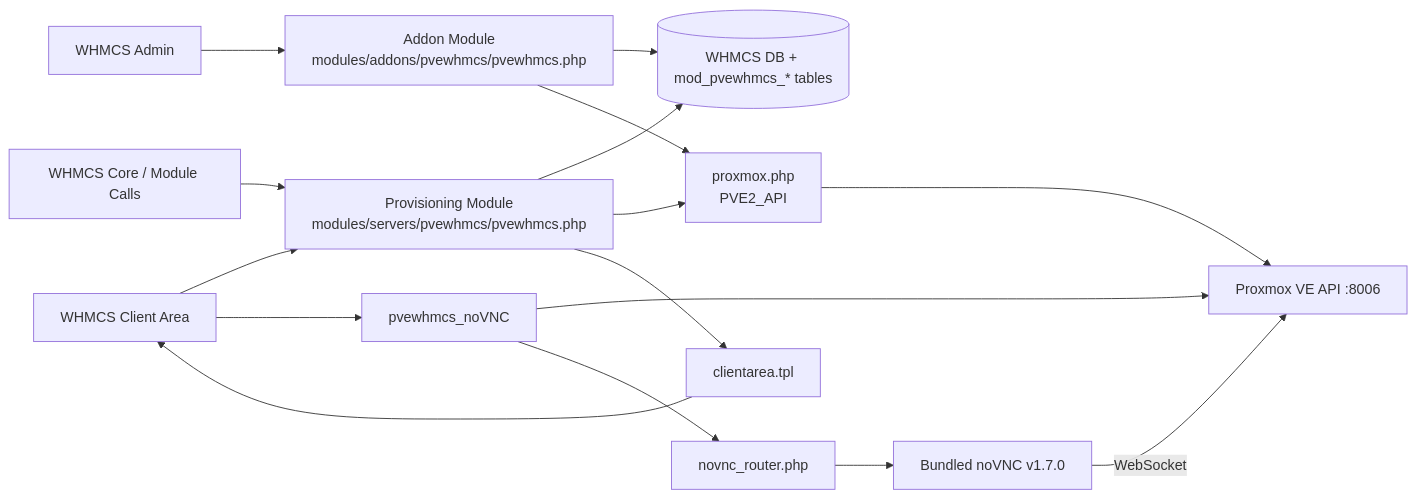
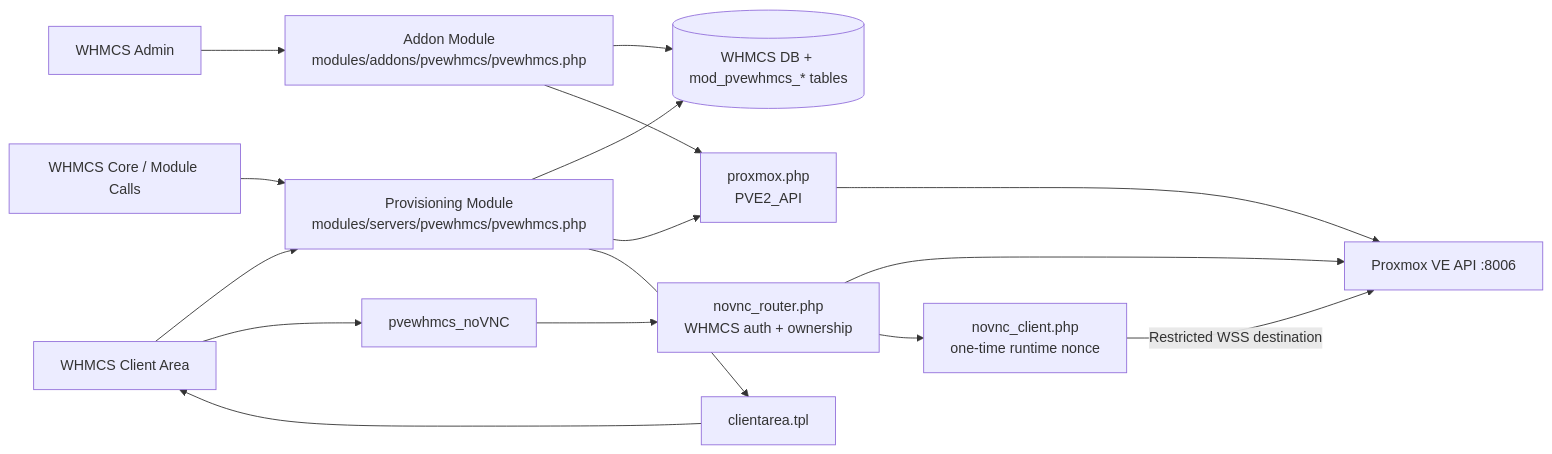
The first of 3 diagrams in SYSTEM_MAP.md (Meysam-sadeghi/Proxmox-VE-for-WHMCS), drawn with Mermaid before and after one commit. The commit also changed other lines of this file, not shown here.

````diff
--- a/SYSTEM_MAP.md
+++ b/SYSTEM_MAP.md
@@ -62,22 +62,22 @@
 ```mermaid
 flowchart LR
     Admin[WHMCS Admin] --> Addon[Addon Module\nmodules/addons/pvewhmcs/pvewhmcs.php]
     Client[WHMCS Client Area] --> ServerModule[Provisioning Module\nmodules/servers/pvewhmcs/pvewhmcs.php]
     WHMCSCore[WHMCS Core / Module Calls] --> ServerModule
 
     Addon --> DB[(WHMCS DB + mod_pvewhmcs_* tables)]
     ServerModule --> DB
 
     Addon --> APIClient[proxmox.php\nPVE2_API]
     ServerModule --> APIClient
     APIClient --> PVE[Proxmox VE API :8006]
 
     Client --> NoVNCAction[pvewhmcs_noVNC]
-    NoVNCAction --> PVE
-    NoVNCAction --> Router[novnc_router.php]
-    Router --> BrowserNoVNC[Bundled noVNC v1.7.0]
-    BrowserNoVNC -->|WebSocket| PVE
+    NoVNCAction --> Router[novnc_router.php\nWHMCS auth + ownership]
+    Router --> PVE
+    Router --> BrowserNoVNC[novnc_client.php\none-time runtime nonce]
+    BrowserNoVNC -->|Restricted WSS destination| PVE
 
     ServerModule --> Template[clientarea.tpl]
     Template --> Client
 ```
````
